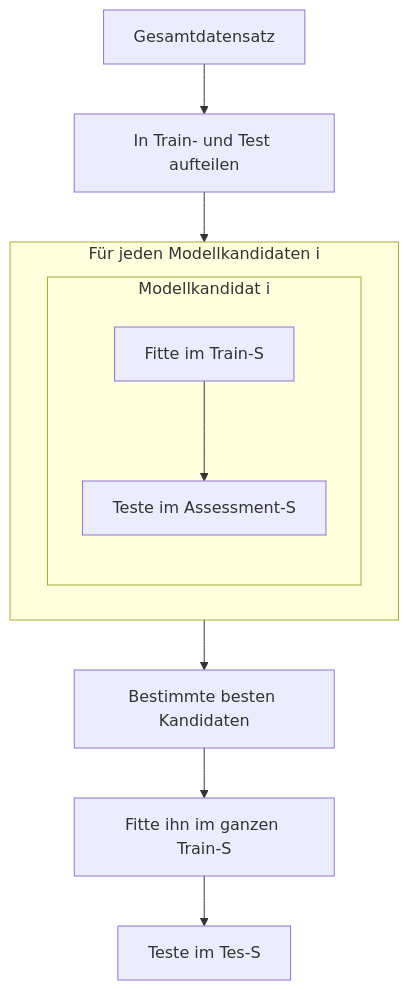
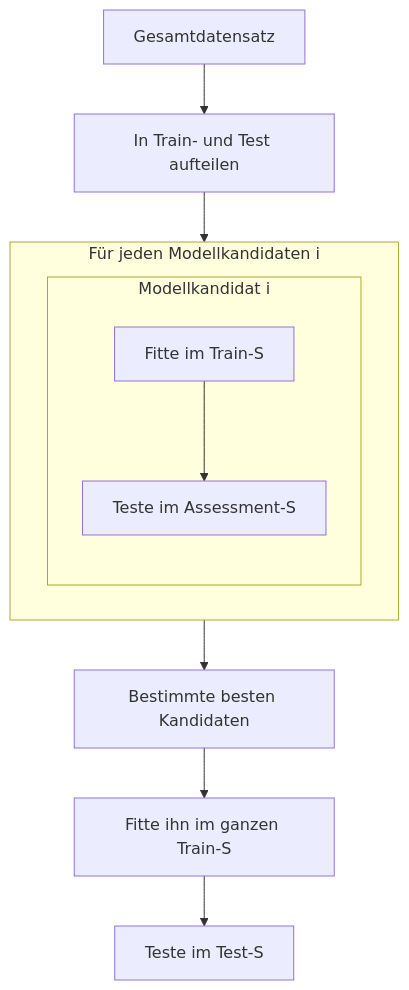
The diagram in 080-Resampling-Tuning.qmd (sebastiansauer/datascience1), drawn with Mermaid before and after one commit. The commit also changed other lines of this file and 71 other files, not shown here.

````diff
--- a/080-Resampling-Tuning.qmd
+++ b/080-Resampling-Tuning.qmd
@@ -53,17 +72,17 @@
 ```{mermaid}
 %%| label: fig-process1
-%%| fig-cap: Standardablauf des maschinellen Lernens mit Tuning und Resampling
+%%| fig-cap: "Standardablauf des maschinellen Lernens mit Tuning und Resampling (S: Sample bzw. Stichprobe)"
 
 flowchart TD
    
 Gesamtdatensatz --> Split[In Train- und Test aufteilen]
 subgraph Fit[Für jeden Modellkandidaten i]
   subgraph Kand[Modellkandidat i]
   F[Fitte im Train-S] --> T[Teste im Assessment-S]
   end
 end
 Split --> Fit
 Fit --> Best[Bestimmte besten Kandidaten]
 Best --> lastFit[Fitte ihn im ganzen Train-S]
-lastFit --> test[Teste im Tes-S]
+lastFit --> test[Teste im Test-S]
 ```
````
